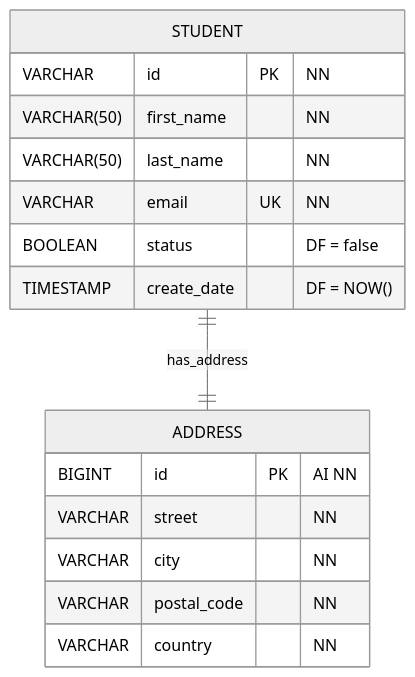
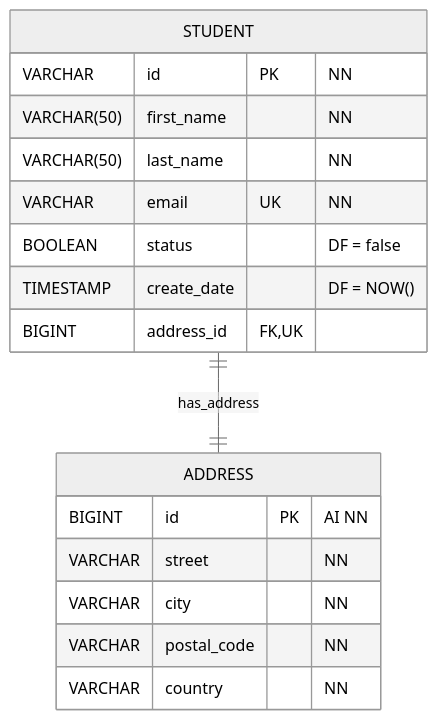
One commit to SimonElbrink/G58-jpa_lecture changed the diagram in Entity Relationship Diagram - Mermaid.md. Above: the diagram before and after it, drawn with Mermaid (neutral theme). The commit also changed 3 other files, not shown here.

Commit message:
Update `Address` and `Student` one-to-one relationship to be bidirectional. Mark `address_id` as unique. Update diagrams to reflect changes.

````diff
--- a/Entity Relationship Diagram - Mermaid.md
+++ b/Entity Relationship Diagram - Mermaid.md
@@ -1,23 +1,24 @@
 ```mermaid
 
 erDiagram
     STUDENT {
         VARCHAR id PK "NN"
         VARCHAR(50) first_name "NN"
         VARCHAR(50) last_name "NN"
         VARCHAR email UK "NN"
         BOOLEAN status "DF = false"
         TIMESTAMP create_date "DF = NOW()"
+        BIGINT address_id FK, UK
     }
 
     ADDRESS {
         BIGINT id PK "AI NN"
         VARCHAR street "NN"
         VARCHAR city "NN"
         VARCHAR postal_code "NN"
         VARCHAR country "NN"
     }
 
 %% Relationships
     STUDENT ||--|| ADDRESS: has_address
 ```
````
